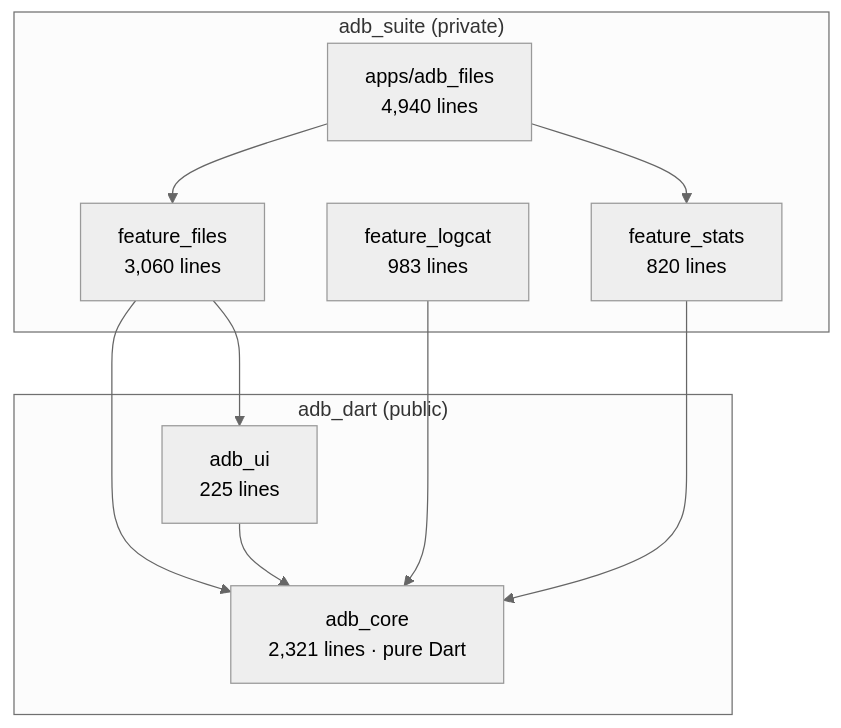
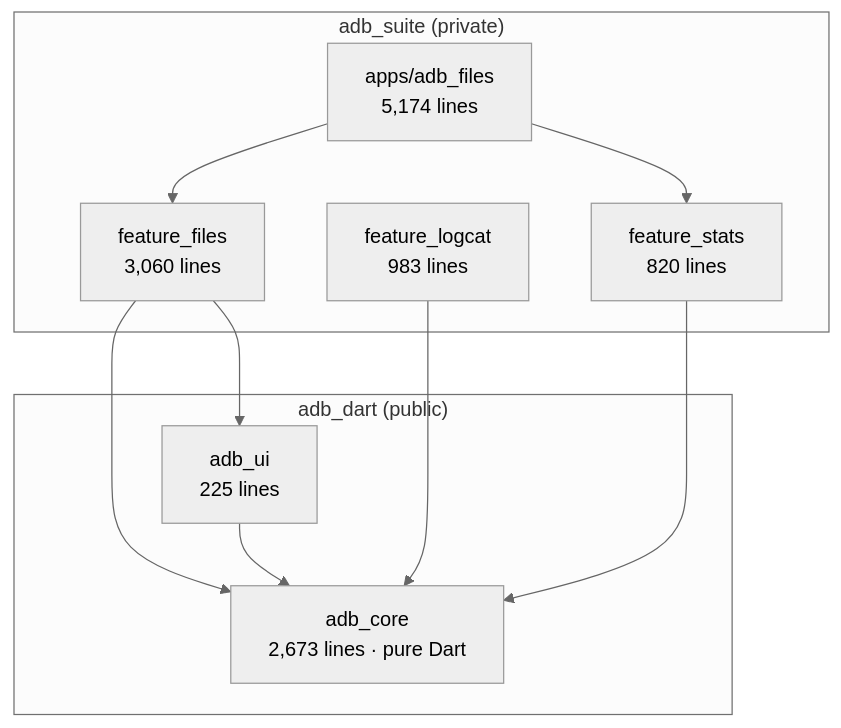
The diagram in ORIENTATION.md (developer180527/adb_suite), drawn with Mermaid (neutral theme) before and after one commit. The commit also changed other lines of this file, not shown here.

````diff
--- a/ORIENTATION.md
+++ b/ORIENTATION.md
@@ -82,21 +82,21 @@
 ```mermaid
 graph TD
     subgraph suite["adb_suite (private)"]
-        APP["apps/adb_files<br/>4,940 lines"]
+        APP["apps/adb_files<br/>5,174 lines"]
         FF["feature_files<br/>3,060 lines"]
         FL["feature_logcat<br/>983 lines"]
         FS["feature_stats<br/>820 lines"]
     end
     subgraph dart["adb_dart (public)"]
-        CORE["adb_core<br/>2,321 lines · pure Dart"]
+        CORE["adb_core<br/>2,673 lines · pure Dart"]
         UI["adb_ui<br/>225 lines"]
     end
 
     APP --> FF
     APP --> FS
     FF --> CORE
     FF --> UI
     FL --> CORE
     FS --> CORE
     UI --> CORE
 ```
````
